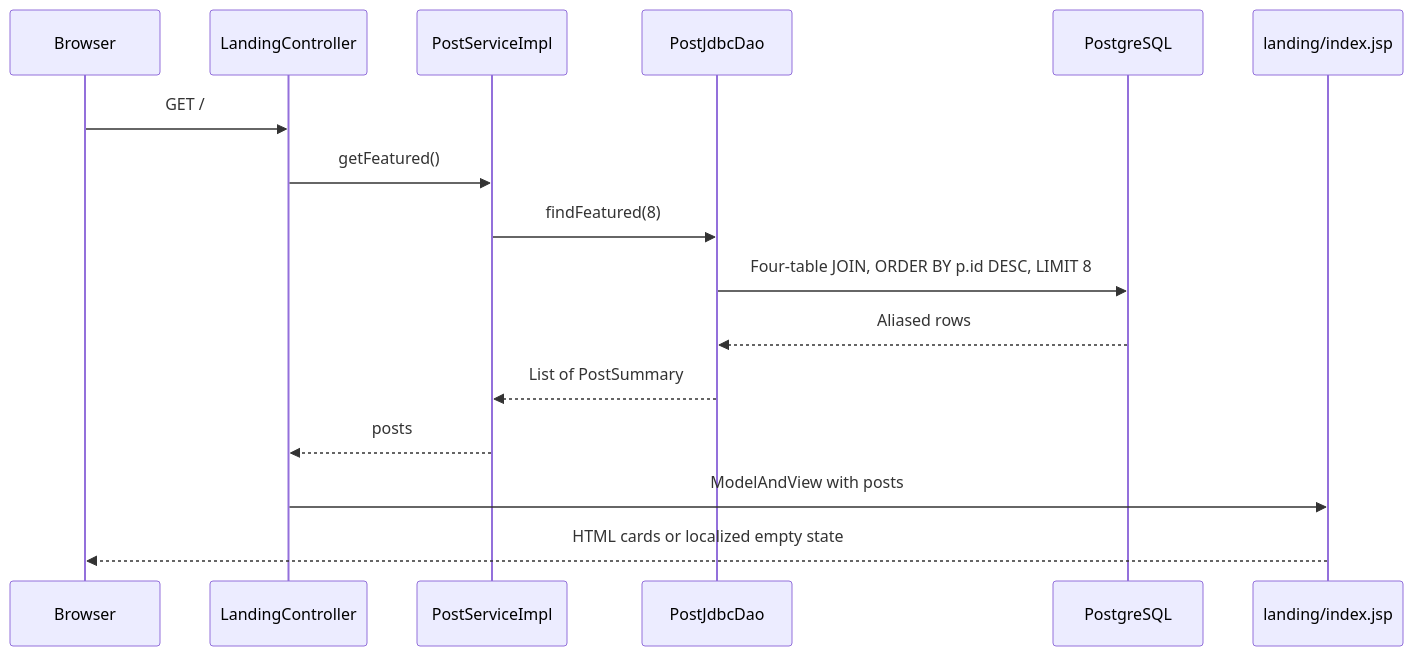
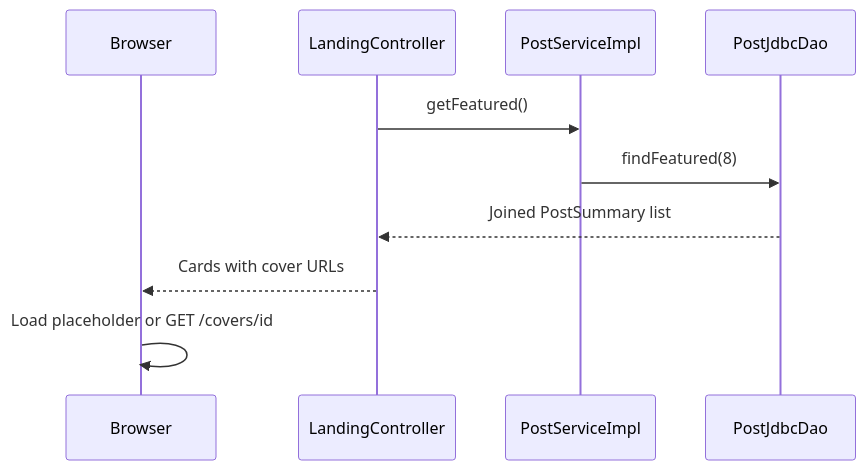
Before and after one commit to BautistaPessagno/PAW_Vault: the diagram in Landing flow.md, drawn with Mermaid. The commit also changed other lines of this file and 87 other files, not shown here.

````diff
--- a/Landing flow.md
+++ b/Landing flow.md
@@ -17,18 +20,12 @@
 ```mermaid
 sequenceDiagram
     participant B as Browser
     participant C as LandingController
     participant S as PostServiceImpl
     participant D as PostJdbcDao
-    participant DB as PostgreSQL
-    participant V as landing/index.jsp
-    B->>C: GET /
     C->>S: getFeatured()
     S->>D: findFeatured(8)
-    D->>DB: Four-table JOIN, ORDER BY p.id DESC, LIMIT 8
-    DB-->>D: Aliased rows
-    D-->>S: List of PostSummary
-    S-->>C: posts
-    C->>V: ModelAndView with posts
-    V-->>B: HTML cards or localized empty state
+    D-->>C: Joined PostSummary list
+    C-->>B: Cards with cover URLs
+    B->>B: Load placeholder or GET /covers/id
 ```
````
